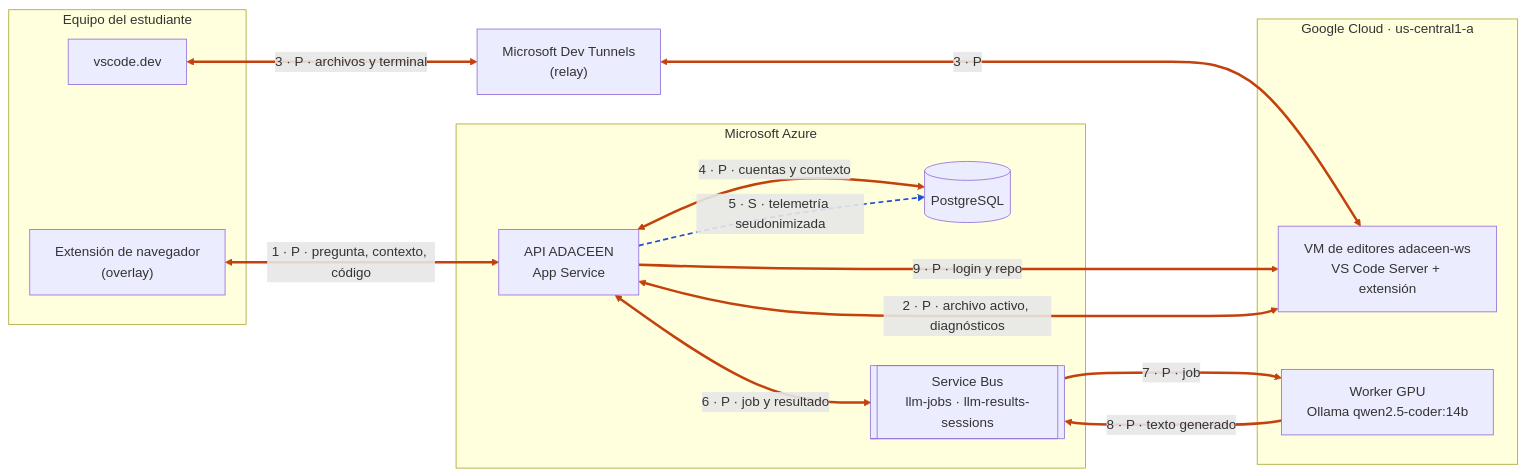
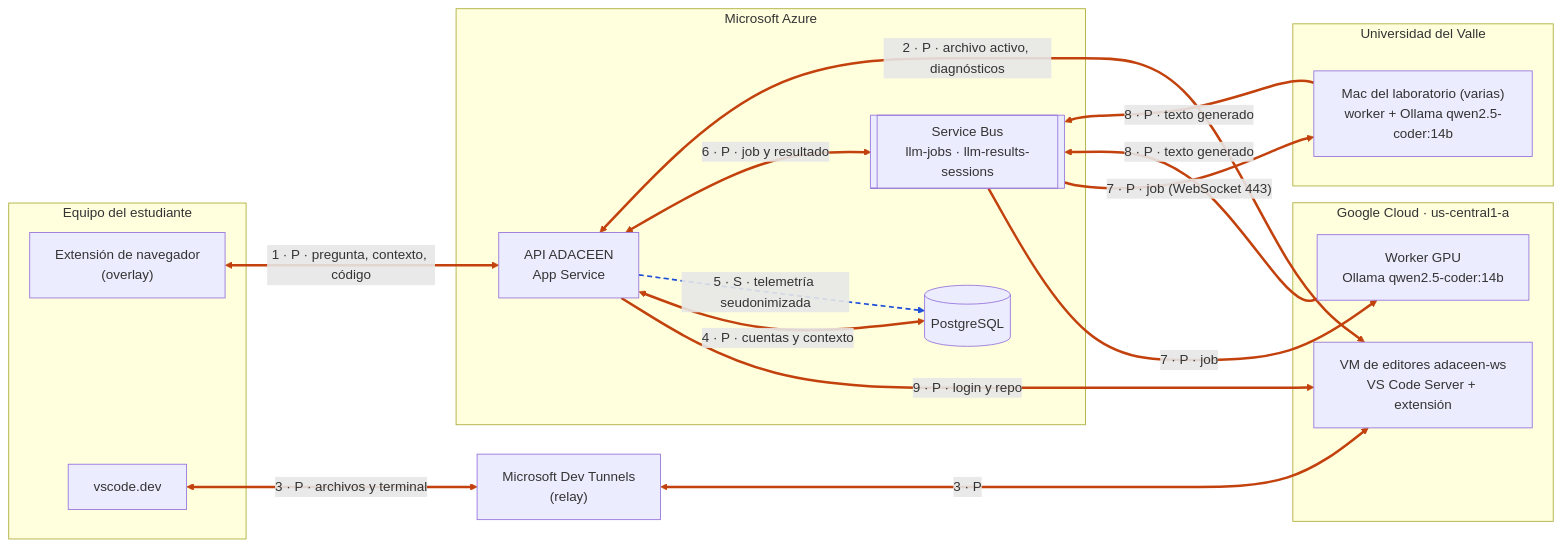
The diagram in docs/arquitectura/ruta-de-datos.md (eydersantiago/PDC), drawn with Mermaid before and after one commit. The commit also changed other lines of this file and 19 other files, not shown here.

````diff
--- a/docs/arquitectura/ruta-de-datos.md
+++ b/docs/arquitectura/ruta-de-datos.md
@@ -31,31 +32,36 @@
 ```mermaid
 flowchart LR
   subgraph EST["Equipo del estudiante"]
     OV["Extensión de navegador<br/>(overlay)"]
     VD["vscode.dev"]
   end
   DT["Microsoft Dev Tunnels<br/>(relay)"]
   subgraph AZ["Microsoft Azure"]
     API["API ADACEEN<br/>App Service"]
     DB[("PostgreSQL")]
     SB[["Service Bus<br/>llm-jobs · llm-results-sessions"]]
   end
   subgraph GCP["Google Cloud · us-central1-a"]
     VM["VM de editores adaceen-ws<br/>VS Code Server + extensión"]
     WK["Worker GPU<br/>Ollama qwen2.5-coder:14b"]
   end
+  subgraph UV["Universidad del Valle"]
+    MAC["Mac del laboratorio (varias)<br/>worker + Ollama qwen2.5-coder:14b"]
+  end
 
   OV <-->|"1 · P · pregunta, contexto, código"| API
   VD <-->|"3 · P · archivos y terminal"| DT
   DT <-->|"3 · P"| VM
   VM <-->|"2 · P · archivo activo, diagnósticos"| API
   API -->|"9 · P · login y repo"| VM
   API <-->|"4 · P · cuentas y contexto"| DB
   API -->|"5 · S · telemetría seudonimizada"| DB
   API <-->|"6 · P · job y resultado"| SB
   SB -->|"7 · P · job"| WK
   WK -->|"8 · P · texto generado"| SB
+  SB -->|"7 · P · job (WebSocket 443)"| MAC
+  MAC -->|"8 · P · texto generado"| SB
 
-  linkStyle 0,1,2,3,4,5,7,8,9 stroke:#c2410c,stroke-width:3px
+  linkStyle 0,1,2,3,4,5,7,8,9,10,11 stroke:#c2410c,stroke-width:3px
   linkStyle 6 stroke:#1d4ed8,stroke-width:2px,stroke-dasharray:6 4
 ```
````
